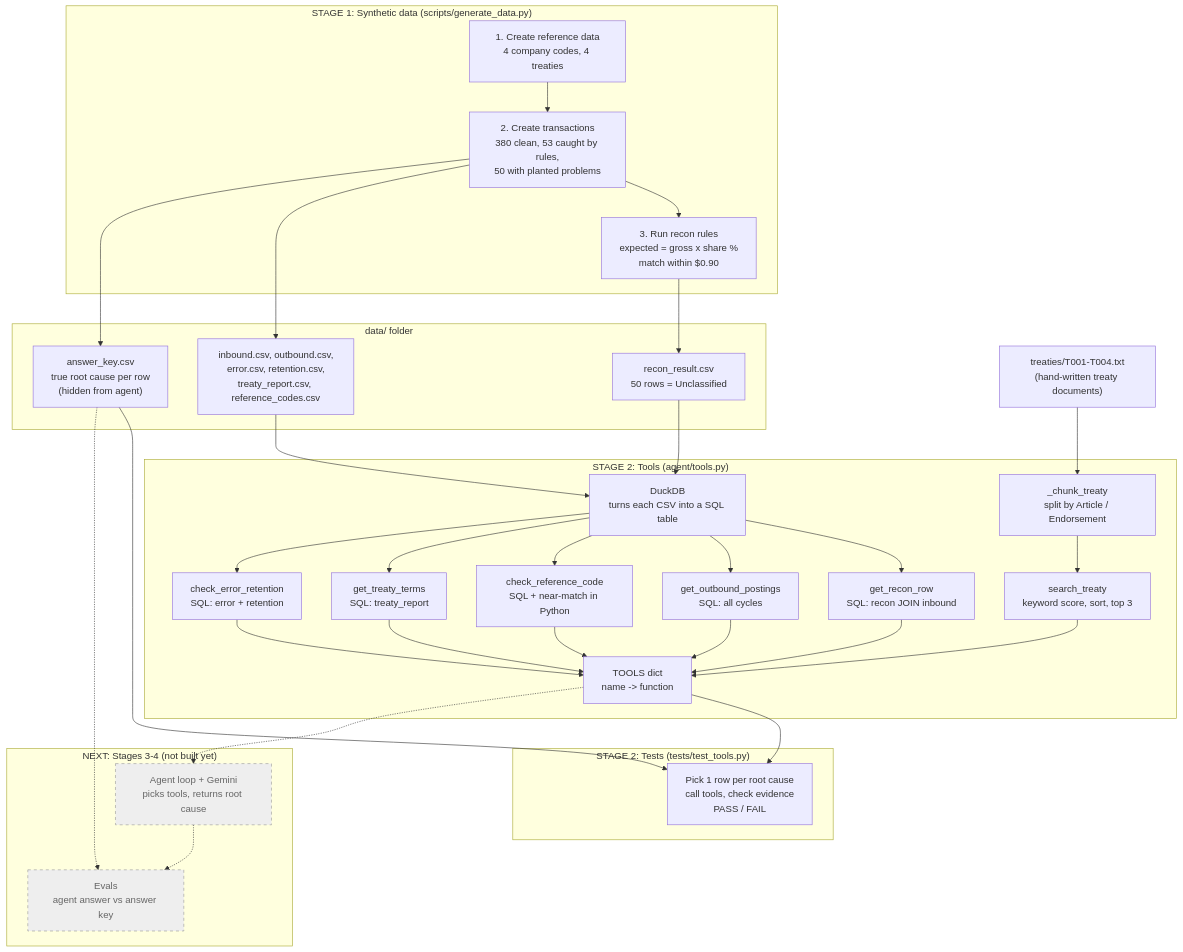
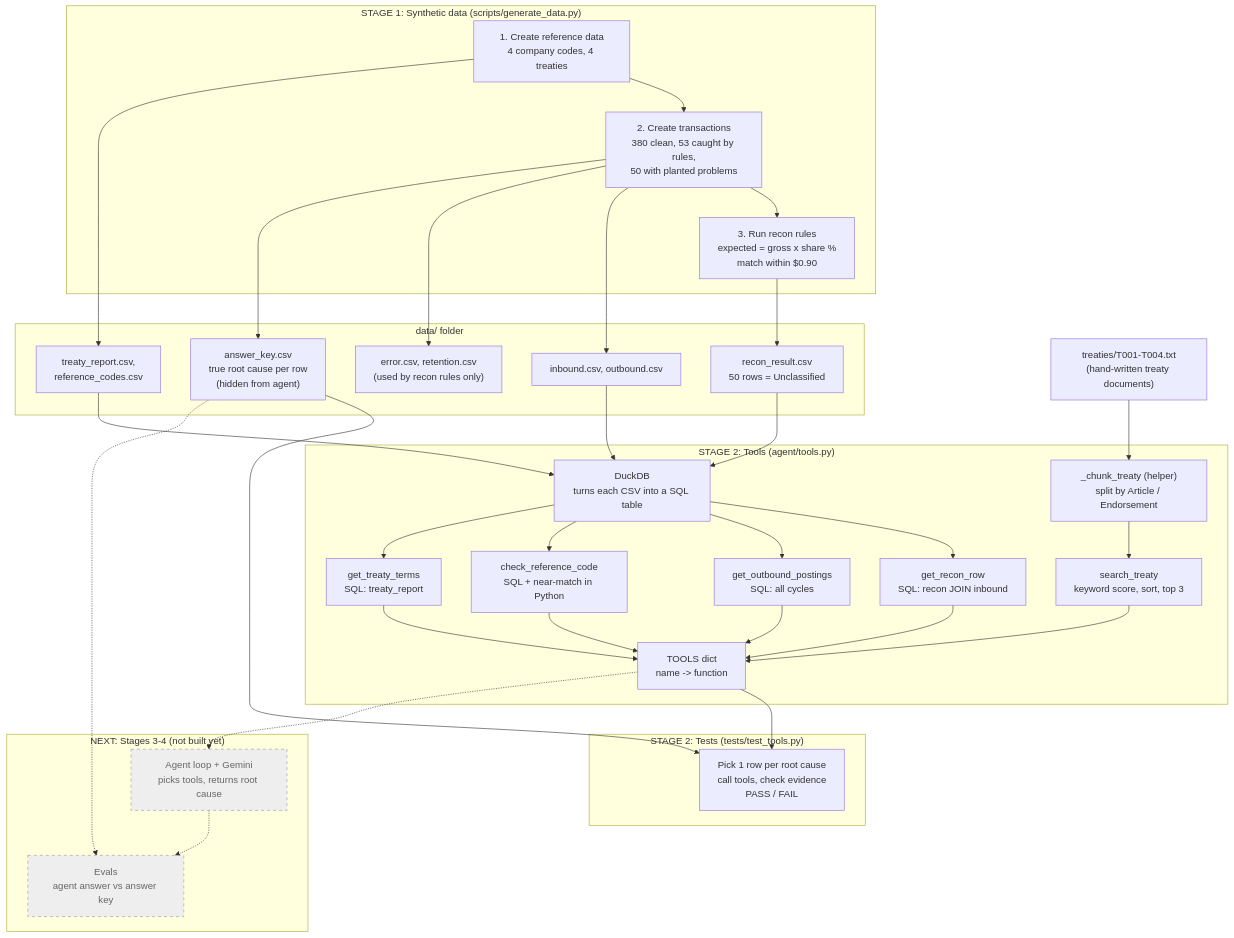
One commit to jayshreethite2024/recon-agent changed the diagram in docs/architecture.mermaid. Above: the diagram before and after it, drawn with Mermaid. The commit also changed 9 other files, not shown here.

Commit message:
Remove redundant error/retention tool

```diff
--- a/docs/architecture.mermaid
+++ b/docs/architecture.mermaid
@@ -1,55 +1,59 @@
 flowchart TD
     subgraph S1["STAGE 1: Synthetic data  (scripts/generate_data.py)"]
         G1["1. Create reference data<br/>4 company codes, 4 treaties"]
         G2["2. Create transactions<br/>380 clean, 53 caught by rules,<br/>50 with planted problems"]
         G3["3. Run recon rules<br/>expected = gross x share %<br/>match within $0.90"]
         G1 --> G2 --> G3
     end
 
     TXT["treaties/T001-T004.txt<br/>(hand-written treaty documents)"]
 
     subgraph DATA["data/ folder"]
-        CSV["inbound.csv, outbound.csv,<br/>error.csv, retention.csv,<br/>treaty_report.csv, reference_codes.csv"]
+        REF["treaty_report.csv,<br/>reference_codes.csv"]
+        CSV["inbound.csv, outbound.csv"]
+        ERR["error.csv, retention.csv<br/>(used by recon rules only)"]
         RECON["recon_result.csv<br/>50 rows = Unclassified"]
         KEY["answer_key.csv<br/>true root cause per row<br/>(hidden from agent)"]
     end
 
+    G1 --> REF
     G2 --> CSV
+    G2 --> ERR
     G3 --> RECON
     G2 --> KEY
 
     subgraph S2["STAGE 2: Tools  (agent/tools.py)"]
         DUCK["DuckDB<br/>turns each CSV into a SQL table"]
         T1["get_recon_row<br/>SQL: recon JOIN inbound"]
         T2["get_outbound_postings<br/>SQL: all cycles"]
         T3["check_reference_code<br/>SQL + near-match in Python"]
         T4["get_treaty_terms<br/>SQL: treaty_report"]
-        T5["check_error_retention<br/>SQL: error + retention"]
-        CH["_chunk_treaty<br/>split by Article / Endorsement"]
-        T6["search_treaty<br/>keyword score, sort, top 3"]
+        CH["_chunk_treaty (helper)<br/>split by Article / Endorsement"]
+        T5["search_treaty<br/>keyword score, sort, top 3"]
         REG["TOOLS dict<br/>name -> function"]
-        DUCK --> T1 & T2 & T3 & T4 & T5
-        CH --> T6
-        T1 & T2 & T3 & T4 & T5 & T6 --> REG
+        DUCK --> T1 & T2 & T3 & T4
+        CH --> T5
+        T1 & T2 & T3 & T4 & T5 --> REG
     end
 
     CSV --> DUCK
+    REF --> DUCK
     RECON --> DUCK
     TXT --> CH
 
     subgraph TEST["STAGE 2: Tests  (tests/test_tools.py)"]
         TS["Pick 1 row per root cause<br/>call tools, check evidence<br/>PASS / FAIL"]
     end
     KEY --> TS
     REG --> TS
 
     subgraph NEXT["NEXT: Stages 3-4 (not built yet)"]
         AG["Agent loop + Gemini<br/>picks tools, returns root cause"]
         EV["Evals<br/>agent answer vs answer key"]
     end
     REG -.-> AG
     AG -.-> EV
     KEY -.-> EV
 
     classDef future fill:#eee,stroke:#999,stroke-dasharray:5 5,color:#666
     class AG,EV future
```
